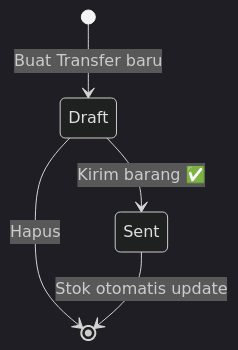
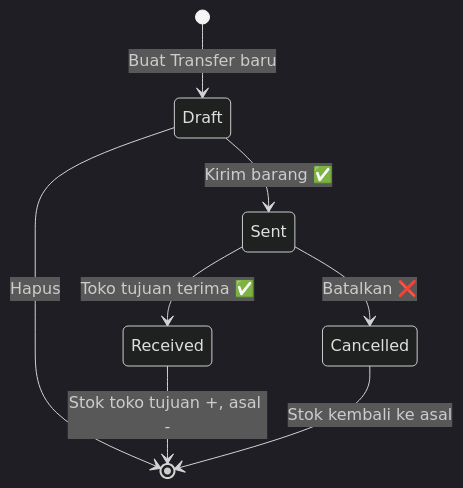
Before and after one commit to teddferdy/FE-POS-App: diagram 43 of 45 in PANDUAN-SUPER-ADMIN.md, drawn with Mermaid (dark theme). The commit also changed other lines of this file and 11 other files, not shown here.

````diff
--- a/PANDUAN-SUPER-ADMIN.md
+++ b/PANDUAN-SUPER-ADMIN.md
@@ -1430,9 +1432,13 @@
 ```mermaid
 stateDiagram-v2
     [*] --> Draft : Buat Transfer baru
     Draft --> Sent : Kirim barang ✅
     Draft --> [*] : Hapus
 
-    Sent --> [*] : Stok otomatis update
+    Sent --> Received : Toko tujuan terima ✅
+    Sent --> Cancelled : Batalkan ❌
+
+    Received --> [*] : Stok toko tujuan +, asal -
+    Cancelled --> [*] : Stok kembali ke asal
 
 ```
````
